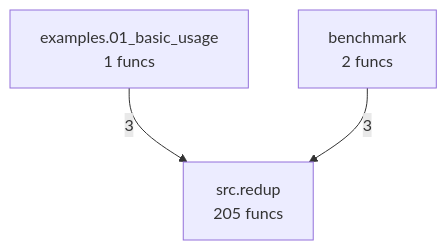
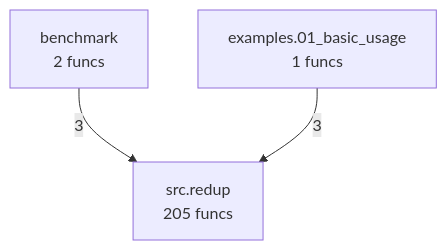
One commit to semcod/redup changed the diagram in project/compact_flow.mmd. Above: the diagram before and after it, drawn with Mermaid. The commit also changed other lines of this file and 24 other files, not shown here.

```diff
--- a/project/compact_flow.mmd
+++ b/project/compact_flow.mmd
@@ -1,6 +1,6 @@
 flowchart TD
     benchmark["benchmark<br/>2 funcs"]
     examples_01_basic_usage["examples.01_basic_usage<br/>1 funcs"]
     src_redup["src.redup<br/>205 funcs"]
+    benchmark -->|3| src_redup
     examples_01_basic_usage -->|3| src_redup
-    benchmark -->|3| src_redup
```
